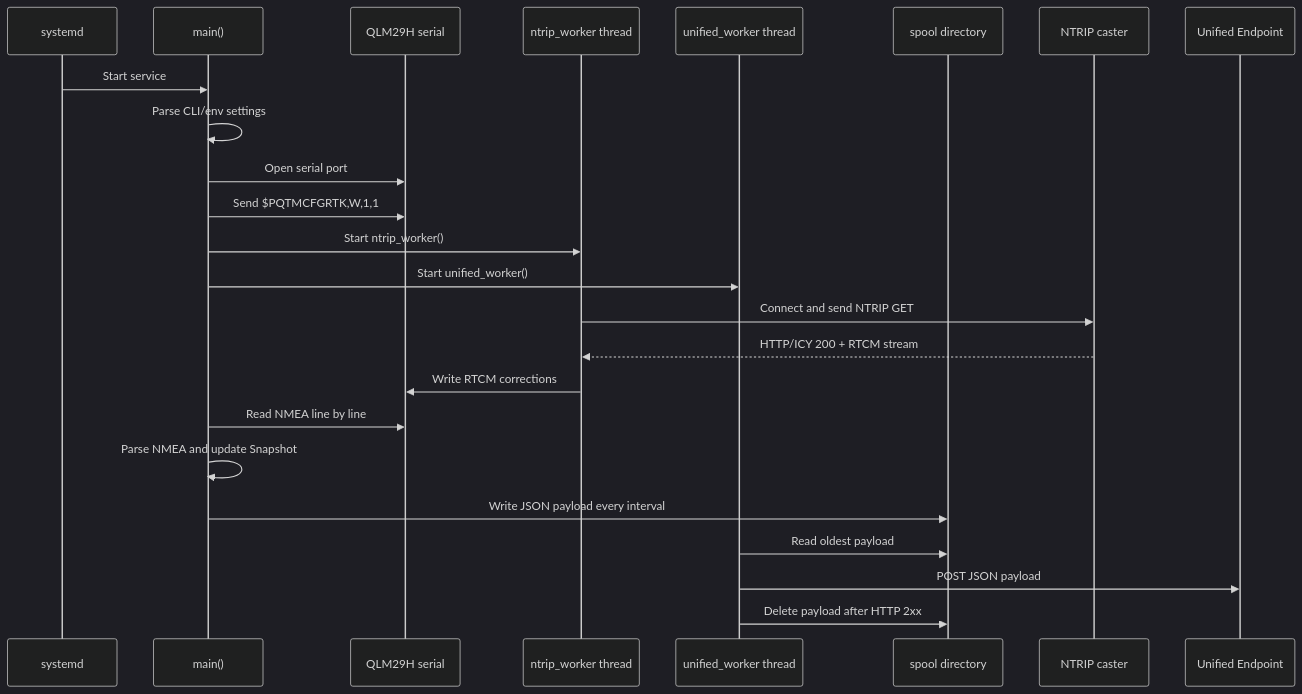
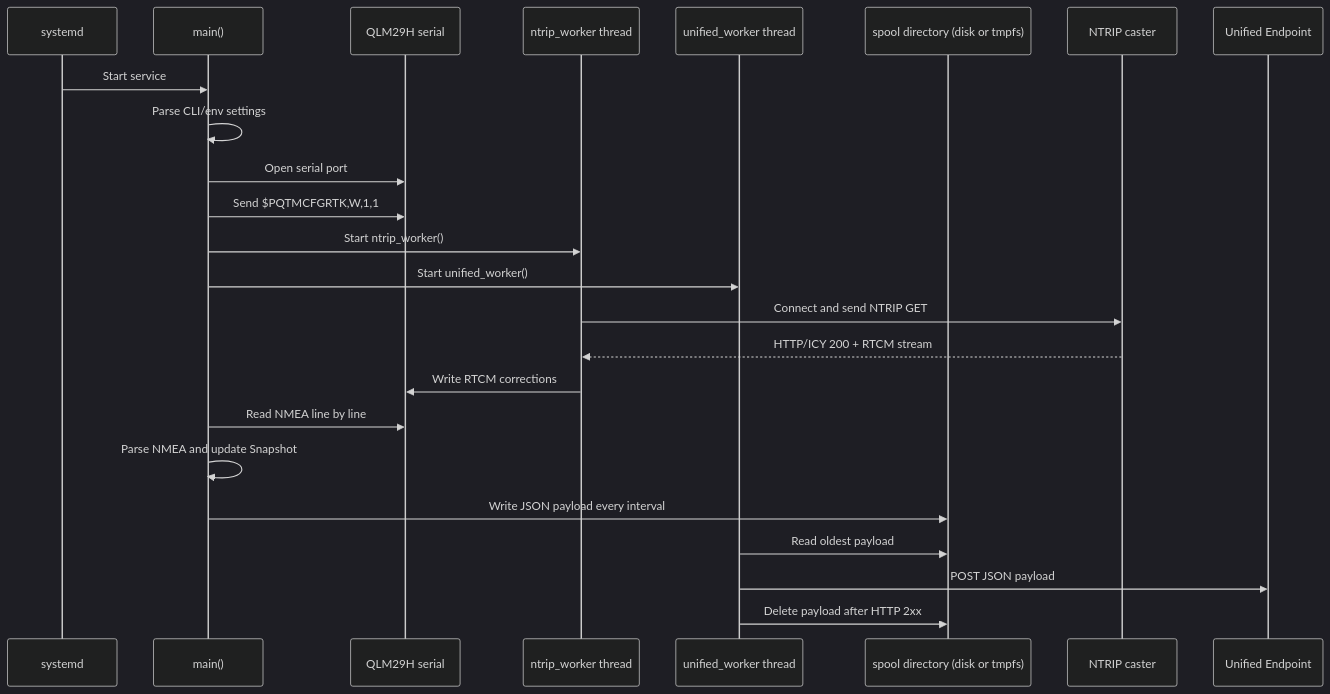
The third of 3 diagrams in docs/sequence.md (takao2704/qlm29h-samples), drawn with Mermaid (dark theme) before and after one commit. The commit also changed other lines of this file and 2 other files, not shown here.

Commit message:
Add RAM spool option for unified sender

````diff
--- a/docs/sequence.md
+++ b/docs/sequence.md
@@ -112,27 +113,27 @@
 ```mermaid
 sequenceDiagram
     participant Systemd as systemd
     participant Main as main()
     participant Serial as QLM29H serial
     participant Ntrip as ntrip_worker thread
     participant Sender as unified_worker thread
-    participant Spool as spool directory
+    participant Spool as spool directory (disk or tmpfs)
     participant Caster as NTRIP caster
     participant Unified as Unified Endpoint
 
     Systemd->>Main: Start service
     Main->>Main: Parse CLI/env settings
     Main->>Serial: Open serial port
     Main->>Serial: Send $PQTMCFGRTK,W,1,1
     Main->>Ntrip: Start ntrip_worker()
     Main->>Sender: Start unified_worker()
     Ntrip->>Caster: Connect and send NTRIP GET
     Caster-->>Ntrip: HTTP/ICY 200 + RTCM stream
     Ntrip->>Serial: Write RTCM corrections
     Main->>Serial: Read NMEA line by line
     Main->>Main: Parse NMEA and update Snapshot
     Main->>Spool: Write JSON payload every interval
     Sender->>Spool: Read oldest payload
     Sender->>Unified: POST JSON payload
     Sender->>Spool: Delete payload after HTTP 2xx
 ```
````
